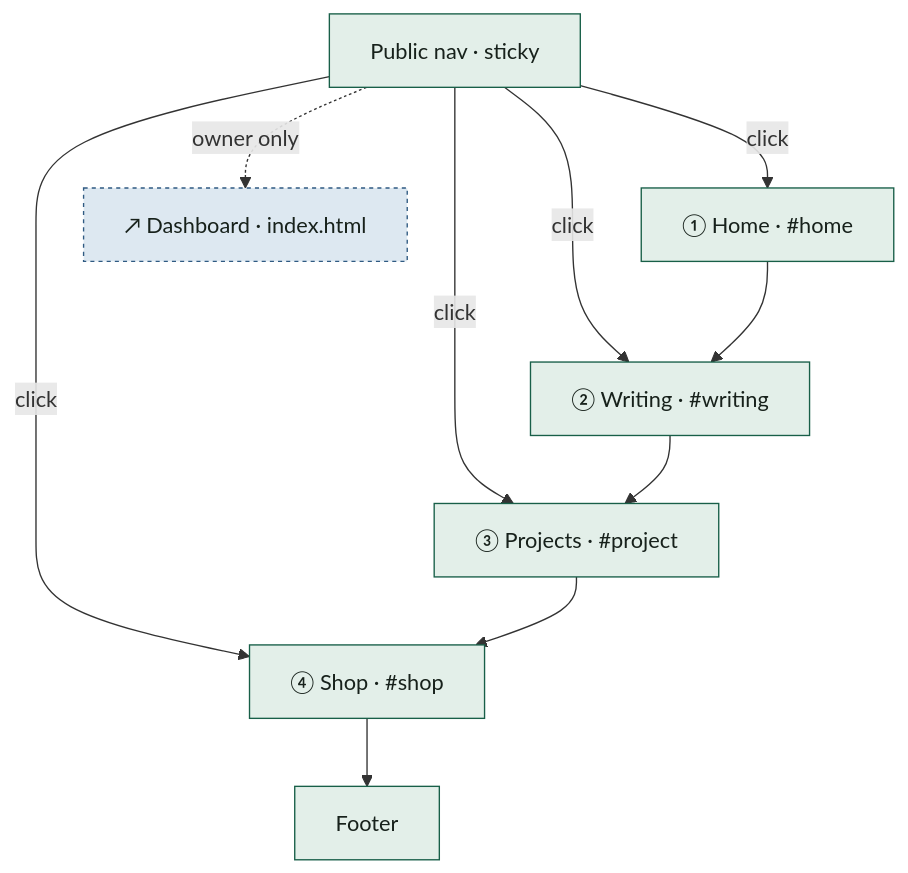
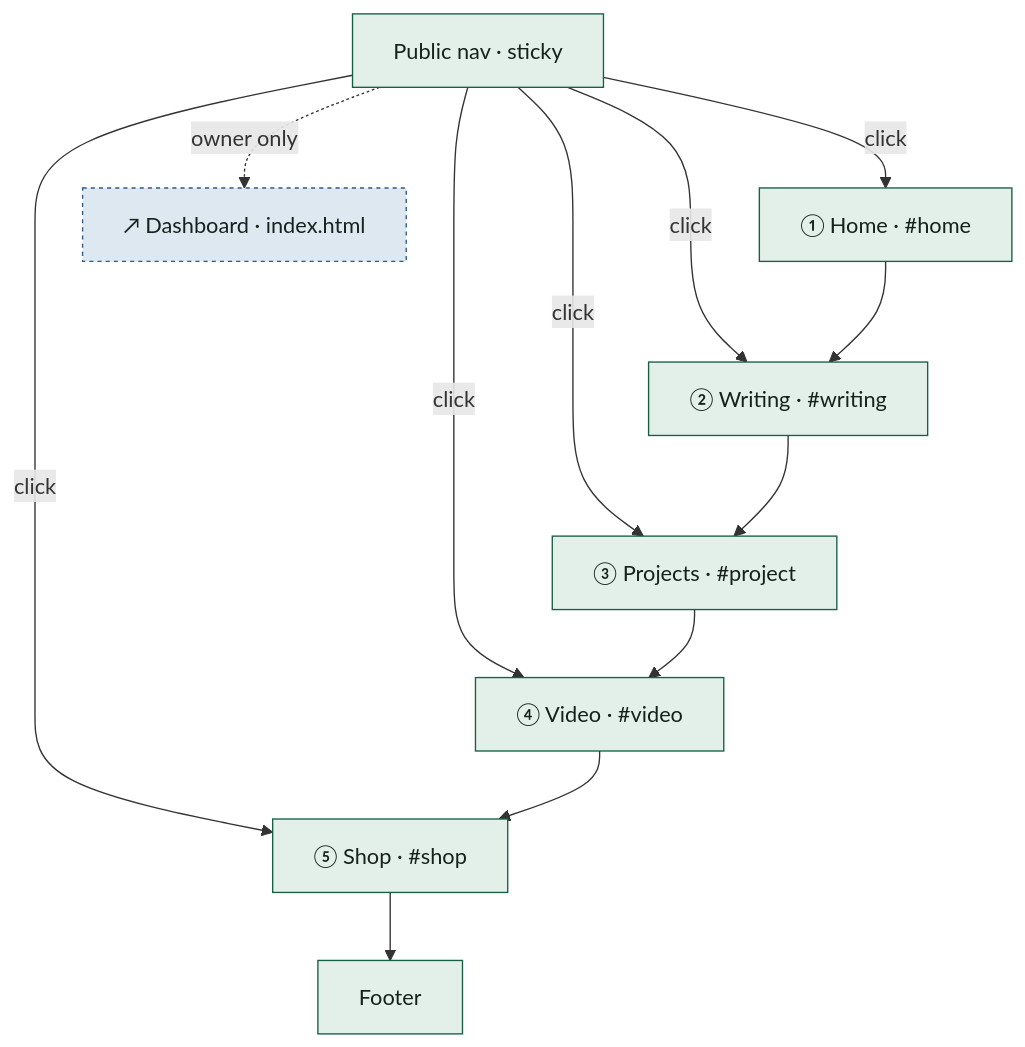
One commit to kukuhtw/fpdp changed the second of 3 diagrams in documentation/mockup/NAVIGATION-MAP.en.md. Above: the diagram before and after it, drawn with Mermaid. The commit also changed other lines of this file and 18 other files, not shown here.

````diff
--- a/documentation/mockup/NAVIGATION-MAP.en.md
+++ b/documentation/mockup/NAVIGATION-MAP.en.md
@@ -72,16 +72,17 @@
 ```mermaid
 flowchart TD
     NAV["Public nav · sticky"]
     NAV -->|click| S1["① Home · #home"]
     NAV -->|click| S2["② Writing · #writing"]
     NAV -->|click| S3["③ Projects · #project"]
-    NAV -->|click| S4["④ Shop · #shop"]
+    NAV -->|click| S4["④ Video · #video"]
+    NAV -->|click| S5["⑤ Shop · #shop"]
     NAV -.->|owner only| DB["↗ Dashboard · index.html"]
 
-    S1 --> S2 --> S3 --> S4 --> F["Footer"]
+    S1 --> S2 --> S3 --> S4 --> S5 --> F["Footer"]
 
     classDef pub fill:#e3efe9,stroke:#185f48,color:#17211b;
     classDef owner fill:#dde8f1,stroke:#2f5a82,color:#17211b,stroke-dasharray: 3 3;
-    class NAV,S1,S2,S3,S4,F pub;
+    class NAV,S1,S2,S3,S4,S5,F pub;
     class DB owner;
 ```
````
